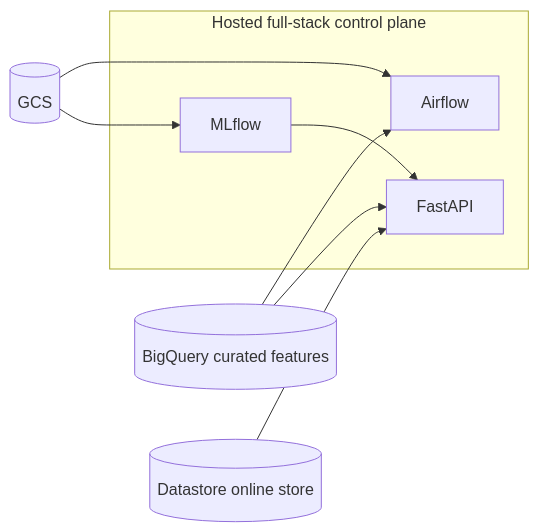
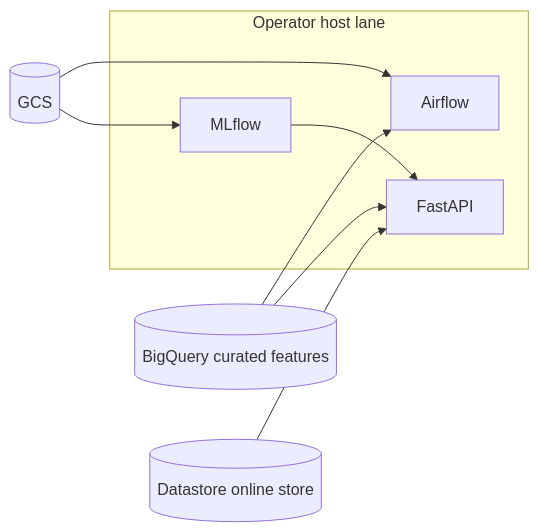
The fourth of 5 diagrams in docs/site/system/architecture.md (javihslu/foehncast), drawn with Mermaid before and after one commit. The commit also changed other lines of this file and 13 other files, not shown here.

```diff
--- a/docs/site/system/architecture.md
+++ b/docs/site/system/architecture.md
@@ -129,14 +128,14 @@
 <div class="mermaid">
 flowchart LR
-    subgraph Host[Hosted full-stack control plane]
+    subgraph Host[Operator host lane]
         HAF[Airflow]
         HML[MLflow]
         HAPI[FastAPI]
     end
     GCS[(GCS)] --> HAF
     GCS --> HML
     BQ[(BigQuery curated features)] --> HAF
     BQ --> HAPI
     HML --> HAPI
     DS[(Datastore online store)] --> HAPI
 </div>
```
